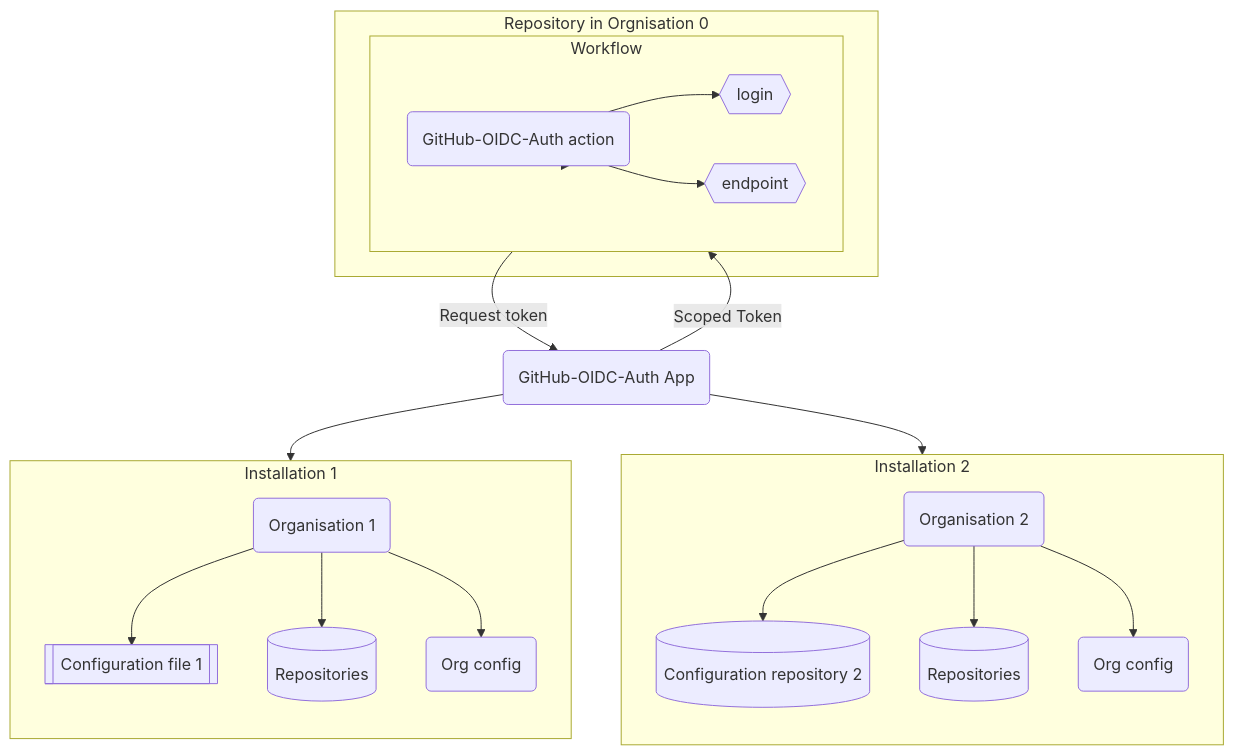
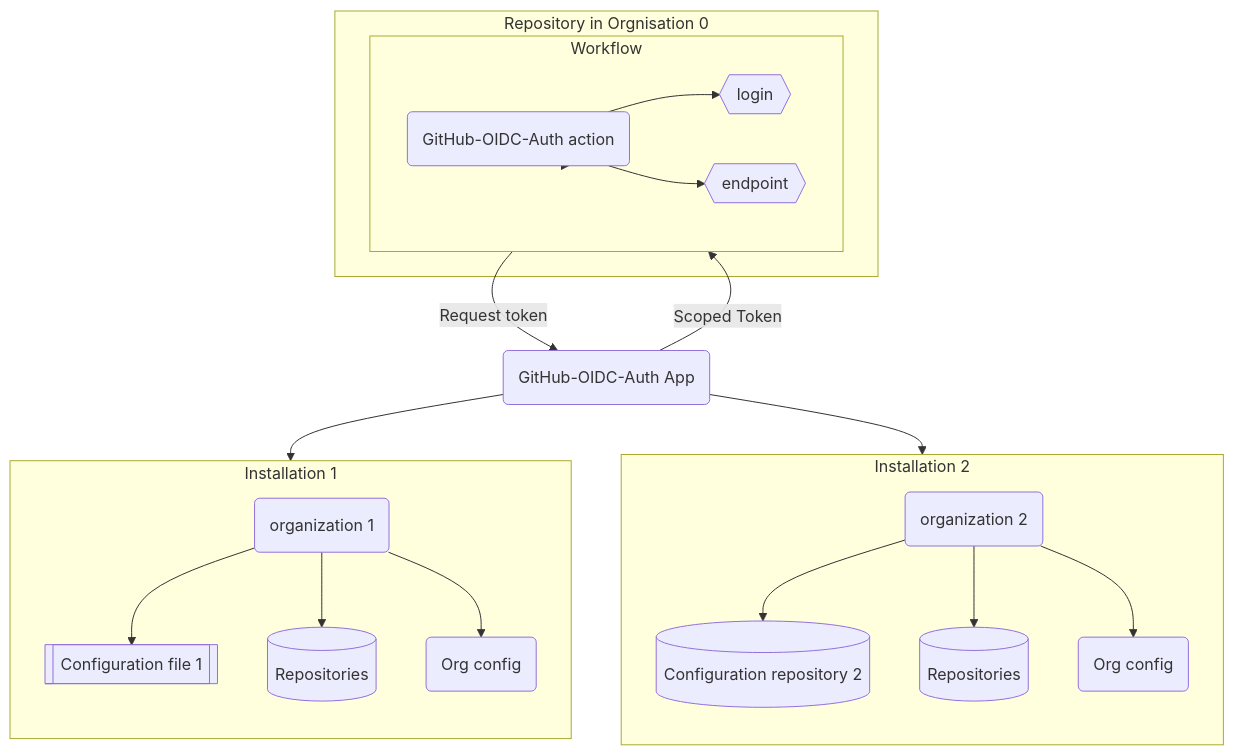
Before and after one commit to helaili/github-oidc-auth-app: the diagram in README.md, drawn with Mermaid. The commit also changed other lines of this file and 10 other files, not shown here.

````diff
--- a/README.md
+++ b/README.md
@@ -18,43 +18,43 @@
 ```mermaid 
 flowchart TB
   subgraph Repository in Orgnisation 0
     subgraph Workflow
         direction LR
         Action(GitHub-OIDC-Auth action)
         endpoint{{endpoint}}
         login{{login}}
         Action --> login
         Action --> endpoint
     end
     Workflow-->Action
   end
 
   App(GitHub-OIDC-Auth App)
 
   subgraph inst2 [Installation 2]
     direction TB
-    Org2(Organisation 2)
+    Org2(organization 2)
     ConfigFile2[(Configuration repository 2)]
     Repo2[(Repositories)]
     Config2(Org config)
     Org2-->ConfigFile2
     Org2-->Repo2
     Org2-->Config2
   end
   
   subgraph inst1 [Installation 1]
     direction TB
-    Org1(Organisation 1)
+    Org1(organization 1)
     ConfigFile1[[Configuration file 1]]
     Repo1[(Repositories)]
     Config1(Org config)
     Org1-->ConfigFile1
     Org1-->Repo1
     Org1-->Config1
   end
 
   Workflow -- Request token --> App
   App -- Scoped Token  --> Workflow
   App-->inst1
   App-->inst2
 ```
````
